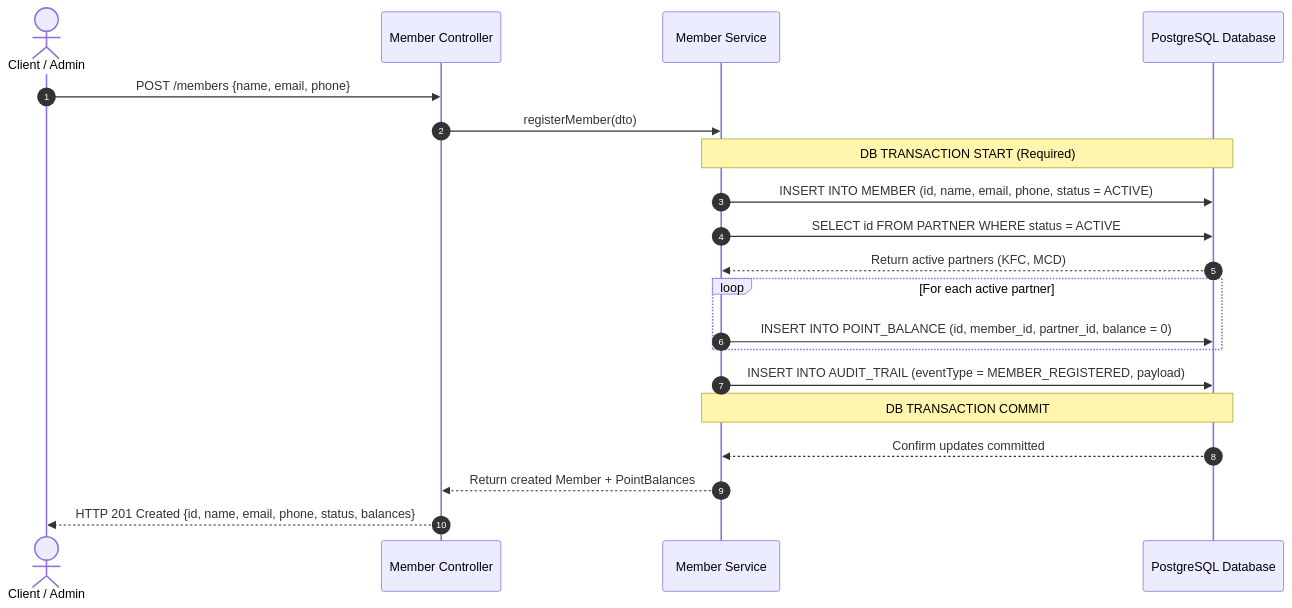
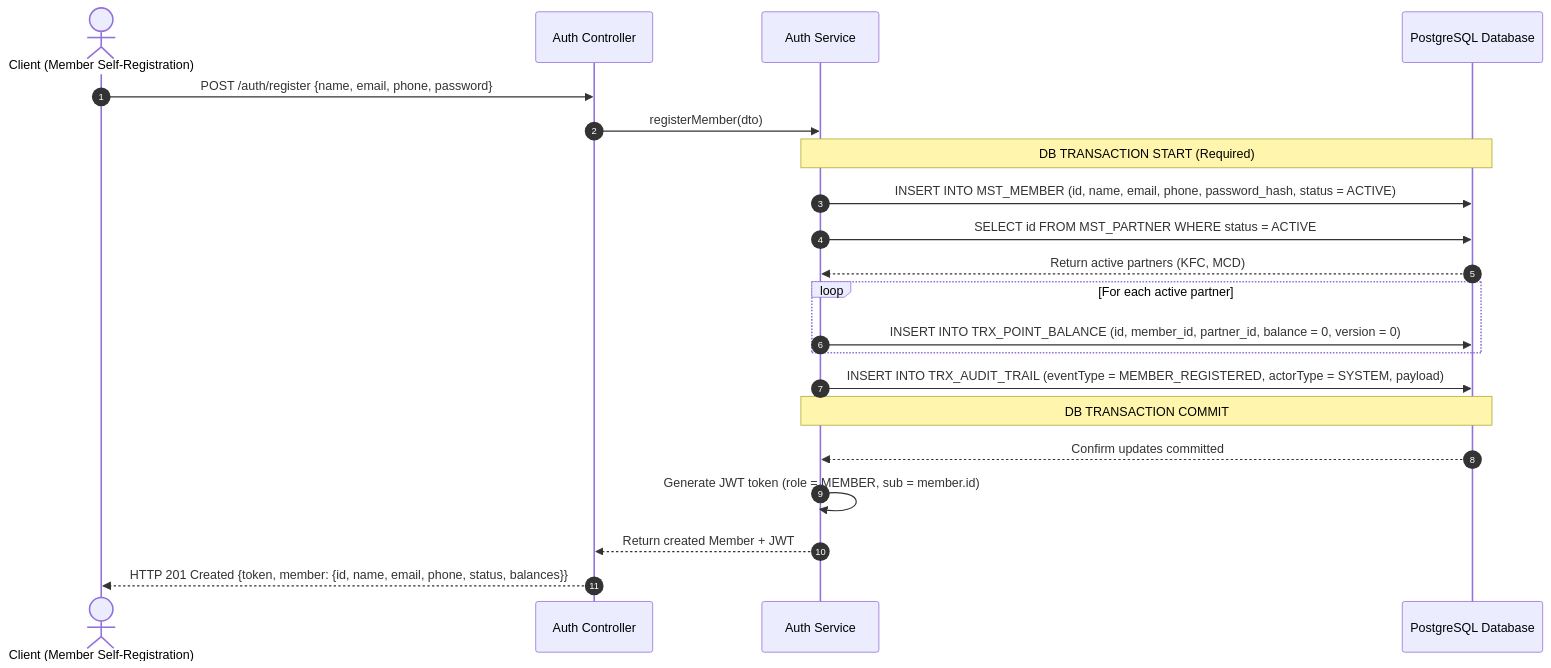
One commit to jtnqr/JDT-17-LOYALTY changed diagram 17 of 23 in bpmn.md. Above: the diagram before and after it, drawn with Mermaid. The commit also changed other lines of this file and 2 other files, not shown here.

Commit message:
docs: update flow-process, erd, and bpmn diagrams
flow-process.diagram.md:
- Add Partner to auth actors, JWT with role claim
- Note bulk SQL for partner creation balance init
- Add redemption flow (C9-C12)
- Add '1am' to expiry scheduler trigger

erd.md:
- Add MST_PARTNER: expiryDays, apiKey columns
- Add TRX_POINT_BALANCE: version column (optimistic locking)
- Add TRX_TRANSACTION: REDEEM type, rewardId FK
- Add TRX_AUDIT_TRAIL: PARTNER actor type, REWARD entity type
- Add MST_REWARD entity + relationships
- Update Key Design Decisions (6 new bullets)
- Update MST_PARTNER field reference table

bpmn.md:
- Technical Flow 1: Fix to POST /auth/register, add JWT generation
- Technical Flow 3: Fix table names (TRX_*), remove REDEMPTION_LOG
- Technical Flow 3: Fix HTTP 422 for insufficient balance (was 400)

````diff
--- a/bpmn.md
+++ b/bpmn.md
@@ -384,29 +384,30 @@
 ```mermaid
 sequenceDiagram
     autonumber
-    actor Client as Client / Admin
-    participant API as Member Controller
-    participant Service as Member Service
+    actor Client as Client (Member Self-Registration)
+    participant API as Auth Controller
+    participant Service as Auth Service
     participant DB as PostgreSQL Database
 
-    Client->>API: POST /members {name, email, phone}
+    Client->>API: POST /auth/register {name, email, phone, password}
     API->>Service: registerMember(dto)
 
     Note over Service, DB: DB TRANSACTION START (Required)
 
-    Service->>DB: INSERT INTO MEMBER (id, name, email, phone, status = ACTIVE)
-    Service->>DB: SELECT id FROM PARTNER WHERE status = ACTIVE
+    Service->>DB: INSERT INTO MST_MEMBER (id, name, email, phone, password_hash, status = ACTIVE)
+    Service->>DB: SELECT id FROM MST_PARTNER WHERE status = ACTIVE
     DB-->>Service: Return active partners (KFC, MCD)
 
     loop For each active partner
-        Service->>DB: INSERT INTO POINT_BALANCE (id, member_id, partner_id, balance = 0)
+        Service->>DB: INSERT INTO TRX_POINT_BALANCE (id, member_id, partner_id, balance = 0, version = 0)
     end
 
-    Service->>DB: INSERT INTO AUDIT_TRAIL (eventType = MEMBER_REGISTERED, payload)
+    Service->>DB: INSERT INTO TRX_AUDIT_TRAIL (eventType = MEMBER_REGISTERED, actorType = SYSTEM, payload)
 
     Note over Service, DB: DB TRANSACTION COMMIT
     DB-->>Service: Confirm updates committed
 
-    Service-->>API: Return created Member + PointBalances
-    API-->>Client: HTTP 201 Created {id, name, email, phone, status, balances}
+    Service->>Service: Generate JWT token (role = MEMBER, sub = member.id)
+    Service-->>API: Return created Member + JWT
+    API-->>Client: HTTP 201 Created {token, member: {id, name, email, phone, status, balances}}
 ```
````
